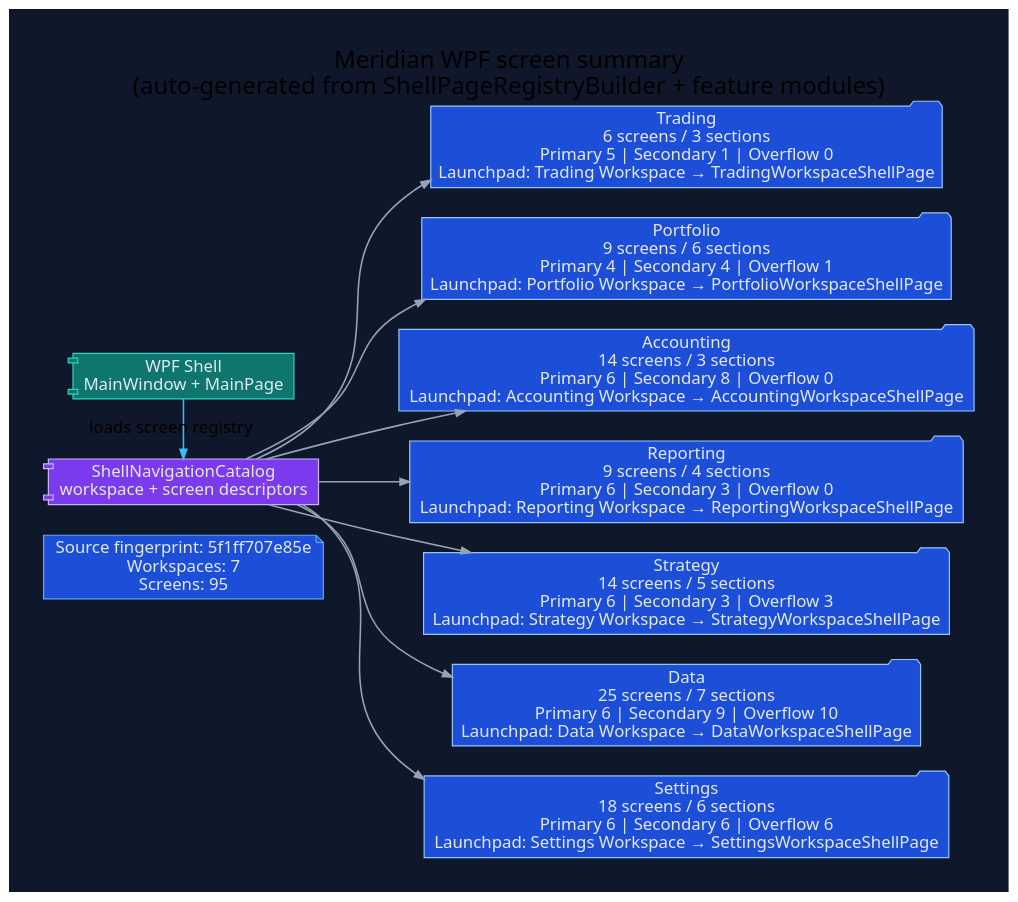
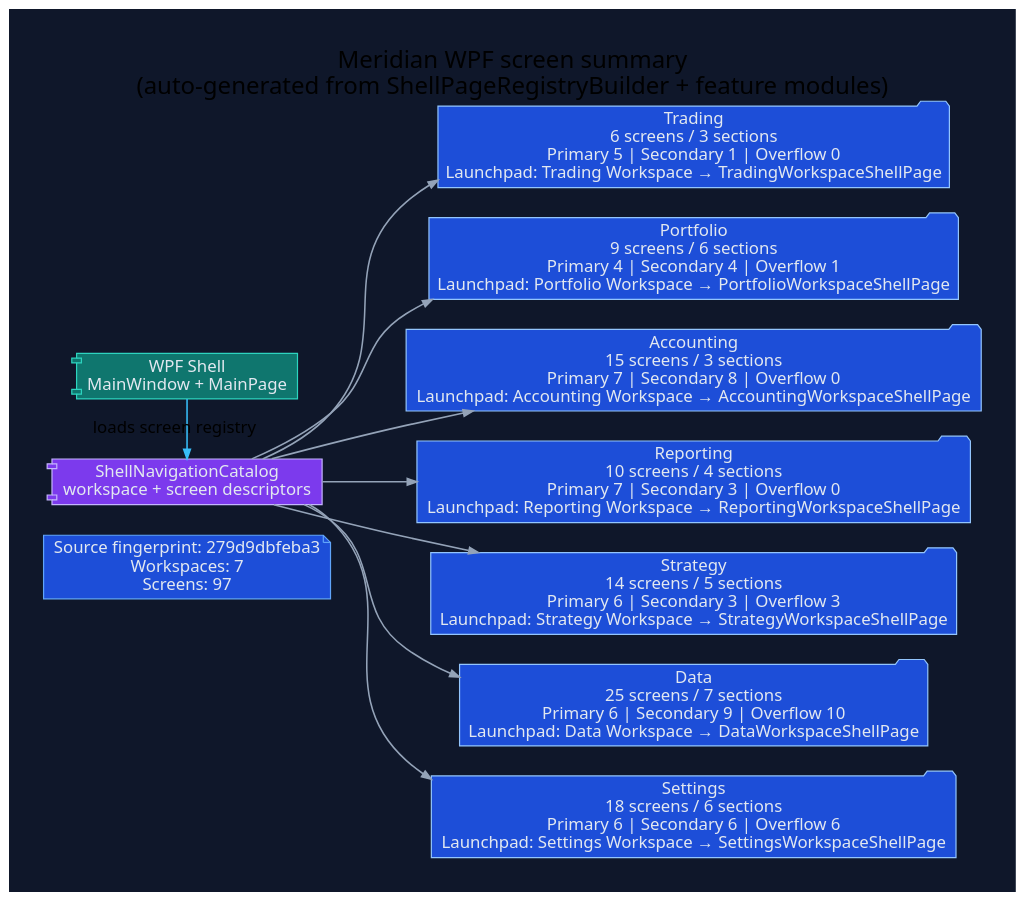
One commit to rodoHasArrived/Meridian-main changed the diagram in docs/diagrams/ui/ui-wpf-screen-summary.dot. Above: the diagram before and after it, drawn with Graphviz. The commit also changed 48 other files, not shown here.

First line of the commit message:
Regenerate diagrams and status docs for the Wave P3 merge

```diff
--- a/docs/diagrams/ui/ui-wpf-screen-summary.dot
+++ b/docs/diagrams/ui/ui-wpf-screen-summary.dot
@@ -1,42 +1,42 @@
 // -----------------------------------------------------------------------------
 // <auto-generated>
 // Generated by scripts/generate-diagrams.mjs.
 // Do not edit this file directly; update the WPF source files instead.
 // -----------------------------------------------------------------------------
 digraph WpfScreenSummary {
   graph [
     rankdir=LR,
     labelloc=t,
     label="Meridian WPF screen summary\n(auto-generated from ShellPageRegistryBuilder + feature modules)",
     fontname="Segoe UI",
     fontsize=20,
     pad=0.4,
     nodesep=0.35,
     ranksep=0.85,
     bgcolor="#0f172a"
   ];
   node [fontname="Segoe UI", shape=box, style="rounded,filled", color="#475569", fontcolor="#e2e8f0", fillcolor="#1e293b"];
   edge [fontname="Segoe UI", color="#94a3b8", penwidth=1.3, arrowsize=0.8];
 
-  generated [shape=note, fillcolor="#1d4ed8", color="#60a5fa", label="Source fingerprint: 5f1ff707e85e\nWorkspaces: 7\nScreens: 95"];
+  generated [shape=note, fillcolor="#1d4ed8", color="#60a5fa", label="Source fingerprint: 279d9dbfeba3\nWorkspaces: 7\nScreens: 97"];
   shell [shape=component, fillcolor="#0f766e", color="#2dd4bf", label="WPF Shell\nMainWindow + MainPage"];
   catalog [shape=component, fillcolor="#7c3aed", color="#c4b5fd", label="ShellNavigationCatalog\nworkspace + screen descriptors"];
   shell -> catalog [label="loads screen registry", color="#38bdf8"];
 
   workspace_1 [shape=folder, fillcolor="#1d4ed8", color="#93c5fd", label="Trading\n6 screens / 3 sections\nPrimary 5 | Secondary 1 | Overflow 0\nLaunchpad: Trading Workspace → TradingWorkspaceShellPage"];
   catalog -> workspace_1;
   workspace_2 [shape=folder, fillcolor="#1d4ed8", color="#93c5fd", label="Portfolio\n9 screens / 6 sections\nPrimary 4 | Secondary 4 | Overflow 1\nLaunchpad: Portfolio Workspace → PortfolioWorkspaceShellPage"];
   catalog -> workspace_2;
-  workspace_3 [shape=folder, fillcolor="#1d4ed8", color="#93c5fd", label="Accounting\n14 screens / 3 sections\nPrimary 6 | Secondary 8 | Overflow 0\nLaunchpad: Accounting Workspace → AccountingWorkspaceShellPage"];
+  workspace_3 [shape=folder, fillcolor="#1d4ed8", color="#93c5fd", label="Accounting\n15 screens / 3 sections\nPrimary 7 | Secondary 8 | Overflow 0\nLaunchpad: Accounting Workspace → AccountingWorkspaceShellPage"];
   catalog -> workspace_3;
-  workspace_4 [shape=folder, fillcolor="#1d4ed8", color="#93c5fd", label="Reporting\n9 screens / 4 sections\nPrimary 6 | Secondary 3 | Overflow 0\nLaunchpad: Reporting Workspace → ReportingWorkspaceShellPage"];
+  workspace_4 [shape=folder, fillcolor="#1d4ed8", color="#93c5fd", label="Reporting\n10 screens / 4 sections\nPrimary 7 | Secondary 3 | Overflow 0\nLaunchpad: Reporting Workspace → ReportingWorkspaceShellPage"];
   catalog -> workspace_4;
   workspace_5 [shape=folder, fillcolor="#1d4ed8", color="#93c5fd", label="Strategy\n14 screens / 5 sections\nPrimary 6 | Secondary 3 | Overflow 3\nLaunchpad: Strategy Workspace → StrategyWorkspaceShellPage"];
   catalog -> workspace_5;
   workspace_6 [shape=folder, fillcolor="#1d4ed8", color="#93c5fd", label="Data\n25 screens / 7 sections\nPrimary 6 | Secondary 9 | Overflow 10\nLaunchpad: Data Workspace → DataWorkspaceShellPage"];
   catalog -> workspace_6;
   workspace_7 [shape=folder, fillcolor="#1d4ed8", color="#93c5fd", label="Settings\n18 screens / 6 sections\nPrimary 6 | Secondary 6 | Overflow 6\nLaunchpad: Settings Workspace → SettingsWorkspaceShellPage"];
   catalog -> workspace_7;
 
   { rank=min; generated; shell; catalog; }
 }
```
